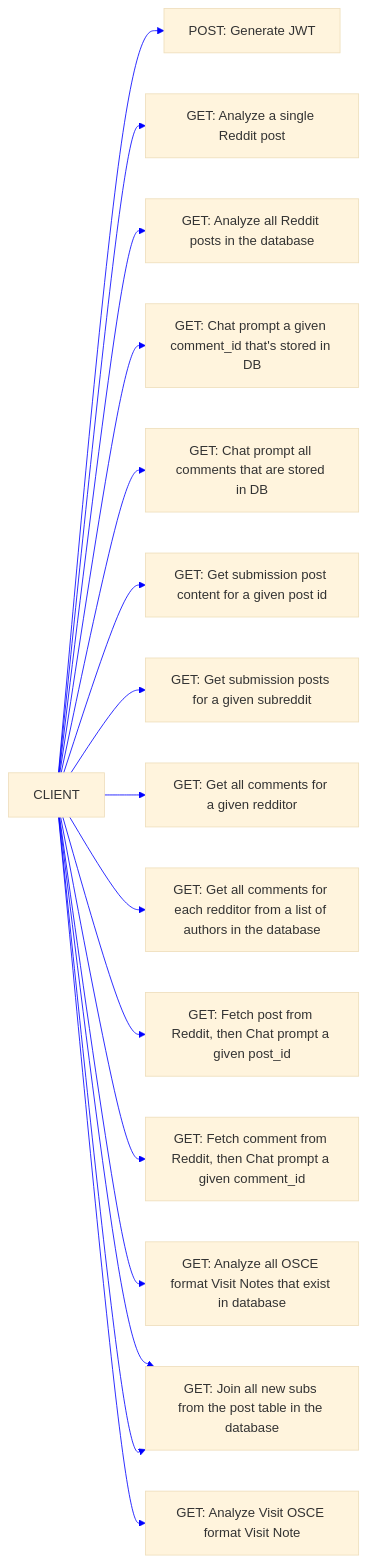
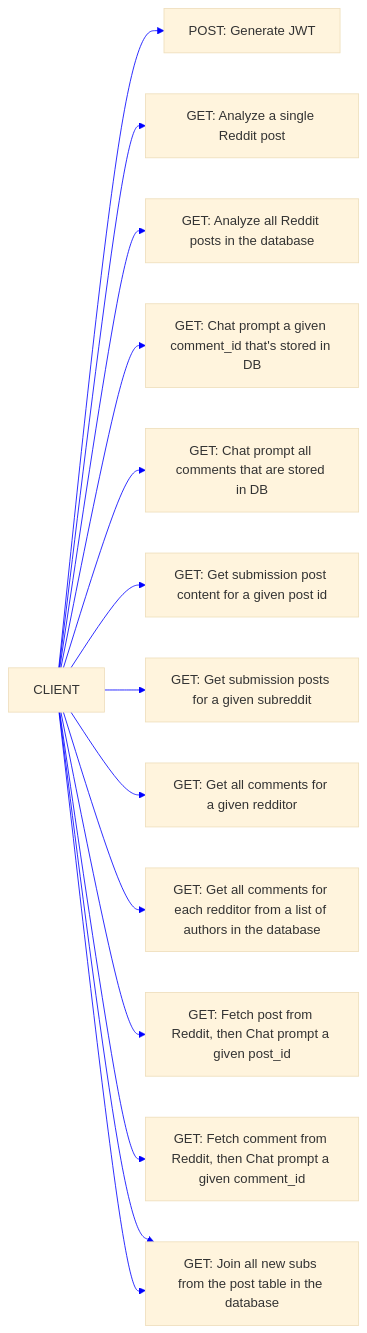
One commit to ovaisq/LLM-RedditScraper changed the second of 3 diagrams in README.md. Above: the diagram before and after it, drawn with Mermaid. The commit also changed other lines of this file, not shown here.

````diff
--- a/README.md
+++ b/README.md
@@ -74,33 +74,29 @@
 ```mermaid
 %%{init: {'theme': 'base', 'themeVariables': {'lineColor': 'Blue'}}}%%
 graph LR
     sub["/login"] --> sub3
     sub["/analyze_post"] --> sub1
     sub["/analyze_posts"] --> sub2
     sub["/analyze_comment"] --> sub9
     sub["/analyze_comments"] --> sub10
     sub["/get_sub_post"] --> sub4
     sub["/get_sub_posts"] --> sub5
     sub["/get_author_comments"] --> sub6
     sub["/get_authors_comments"] --> sub7
     sub["/get_and_analyze_post"] --> sub12
     sub["/get_and_analyze_comment"] --> sub14
-    sub["/analyze_visit_notes"] --> sub15
     sub["/join_new_subs"] --> sub11
-    sub["/analyze_visit_note"] --> sub13
     sub["CLIENT"] --> sub11
     sub1["GET: Analyze a single Reddit post"]
     sub2["GET: Analyze all Reddit posts in the database"]
     sub3["POST: Generate JWT"]
     sub4["GET: Get submission post content for a given post id"]
     sub5["GET: Get submission posts for a given subreddit"]
     sub6["GET: Get all comments for a given redditor"]
     sub7["GET: Get all comments for each redditor from a list of authors in the database"]
     sub9["GET: Chat prompt a given comment_id that's stored in DB"]
     sub10["GET: Chat prompt all comments that are stored in DB"]
     sub11["GET: Join all new subs from the post table in the database"]
     sub12["GET: Fetch post from Reddit, then Chat prompt a given post_id"]
-    sub13["GET: Analyze Visit OSCE format Visit Note"]
     sub14["GET: Fetch comment from Reddit, then Chat prompt a given comment_id"]
-    sub15["GET: Analyze all OSCE format Visit Notes that exist in database"]
 ```
````
